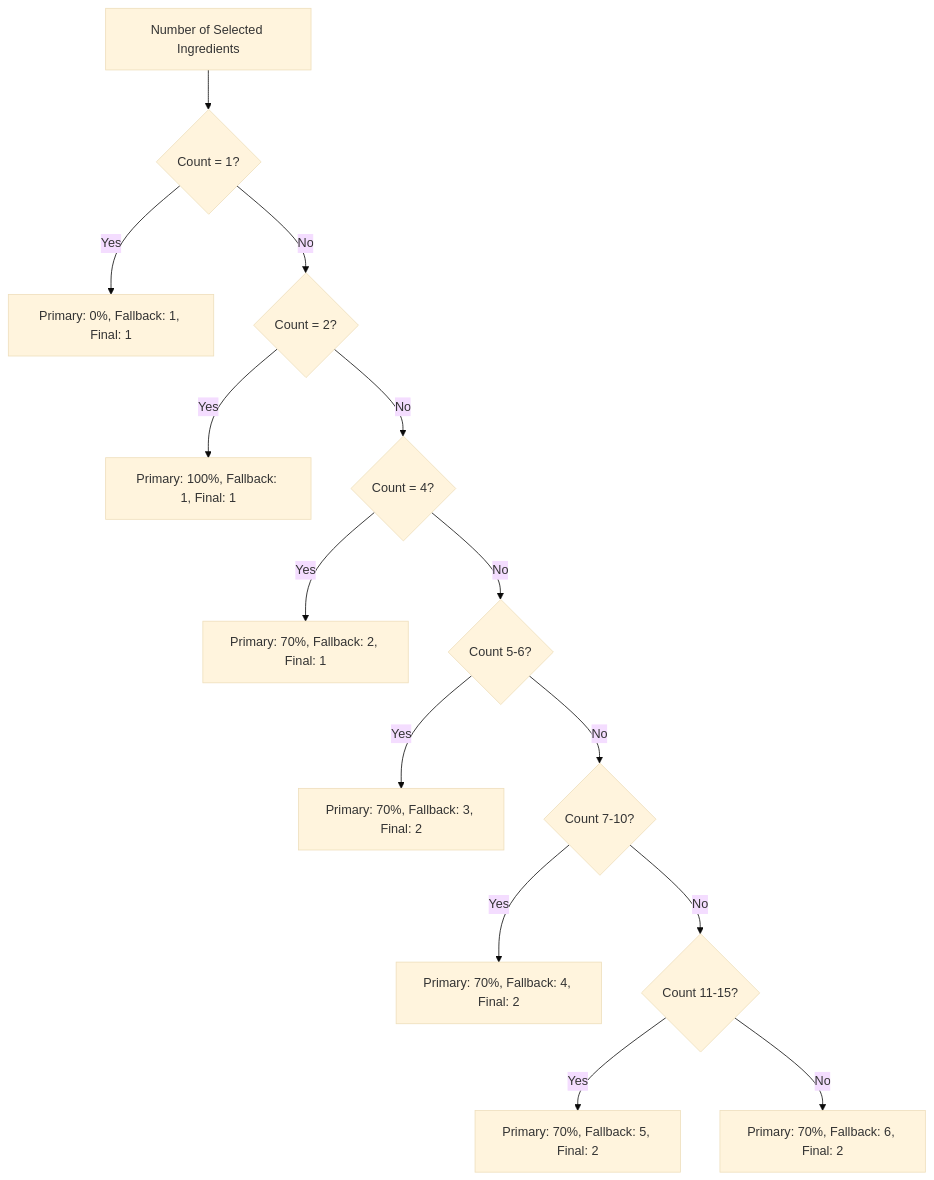
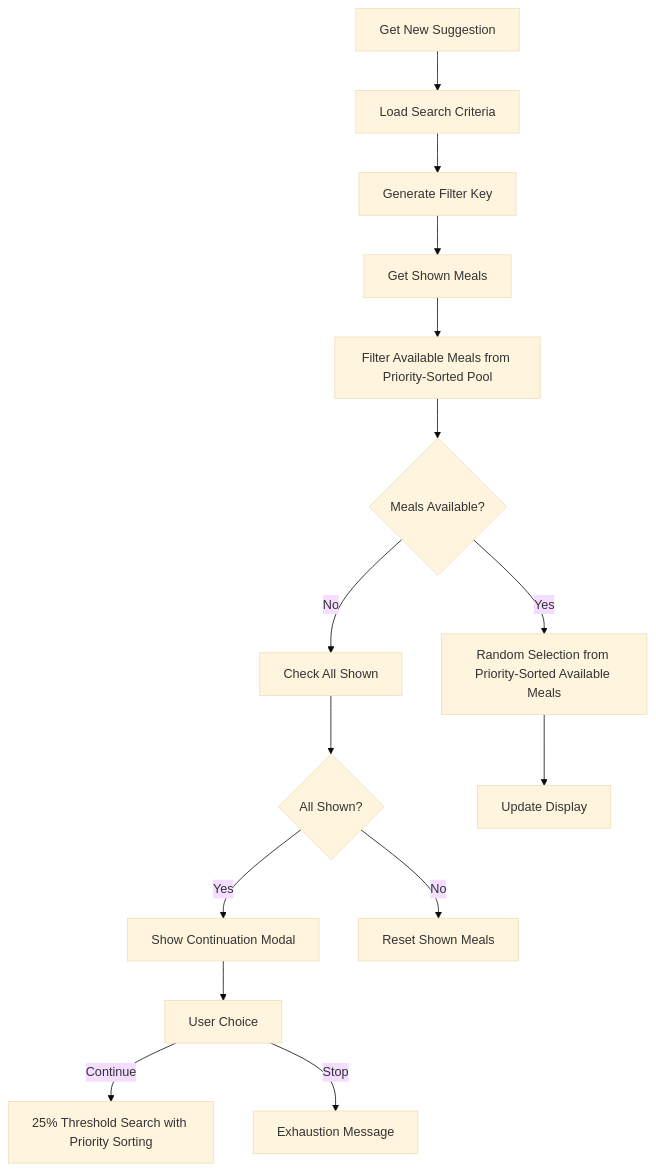
One commit to Artificialintellectx/momfoodie-mvp changed the fifth of 13 diagrams in INGREDIENT_SEARCH_FLOWCHART.md. Above: the diagram before and after it, drawn with Mermaid (base theme). The commit also changed other lines of this file and 3 other files, not shown here.

````diff
--- a/INGREDIENT_SEARCH_FLOWCHART.md
+++ b/INGREDIENT_SEARCH_FLOWCHART.md
@@ -62,16 +114,17 @@
 ```mermaid
 flowchart TD
-    A[Number of Selected Ingredients] --> B{Count = 1?}
-    B -->|Yes| C[Primary: 0%, Fallback: 1, Final: 1]
-    B -->|No| D{Count = 2?}
-    D -->|Yes| E[Primary: 100%, Fallback: 1, Final: 1]
-    D -->|No| F{Count = 4?}
-    F -->|Yes| G[Primary: 70%, Fallback: 2, Final: 1]
-    F -->|No| H{Count 5-6?}
-    H -->|Yes| I[Primary: 70%, Fallback: 3, Final: 2]
-    H -->|No| J{Count 7-10?}
-    J -->|Yes| K[Primary: 70%, Fallback: 4, Final: 2]
-    J -->|No| L{Count 11-15?}
-    L -->|Yes| M[Primary: 70%, Fallback: 5, Final: 2]
-    L -->|No| N[Primary: 70%, Fallback: 6, Final: 2]
+    A[Get New Suggestion] --> B[Load Search Criteria]
+    B --> C[Generate Filter Key]
+    C --> D[Get Shown Meals]
+    D --> E[Filter Available Meals from Priority-Sorted Pool]
+    E --> F{Meals Available?}
+    F -->|Yes| G[Random Selection from Priority-Sorted Available Meals]
+    F -->|No| H[Check All Shown]
+    H --> I{All Shown?}
+    I -->|Yes| J[Show Continuation Modal]
+    I -->|No| K[Reset Shown Meals]
+    G --> L[Update Display]
+    J --> M[User Choice]
+    M -->|Continue| N[25% Threshold Search with Priority Sorting]
+    M -->|Stop| O[Exhaustion Message]
 ```
````
